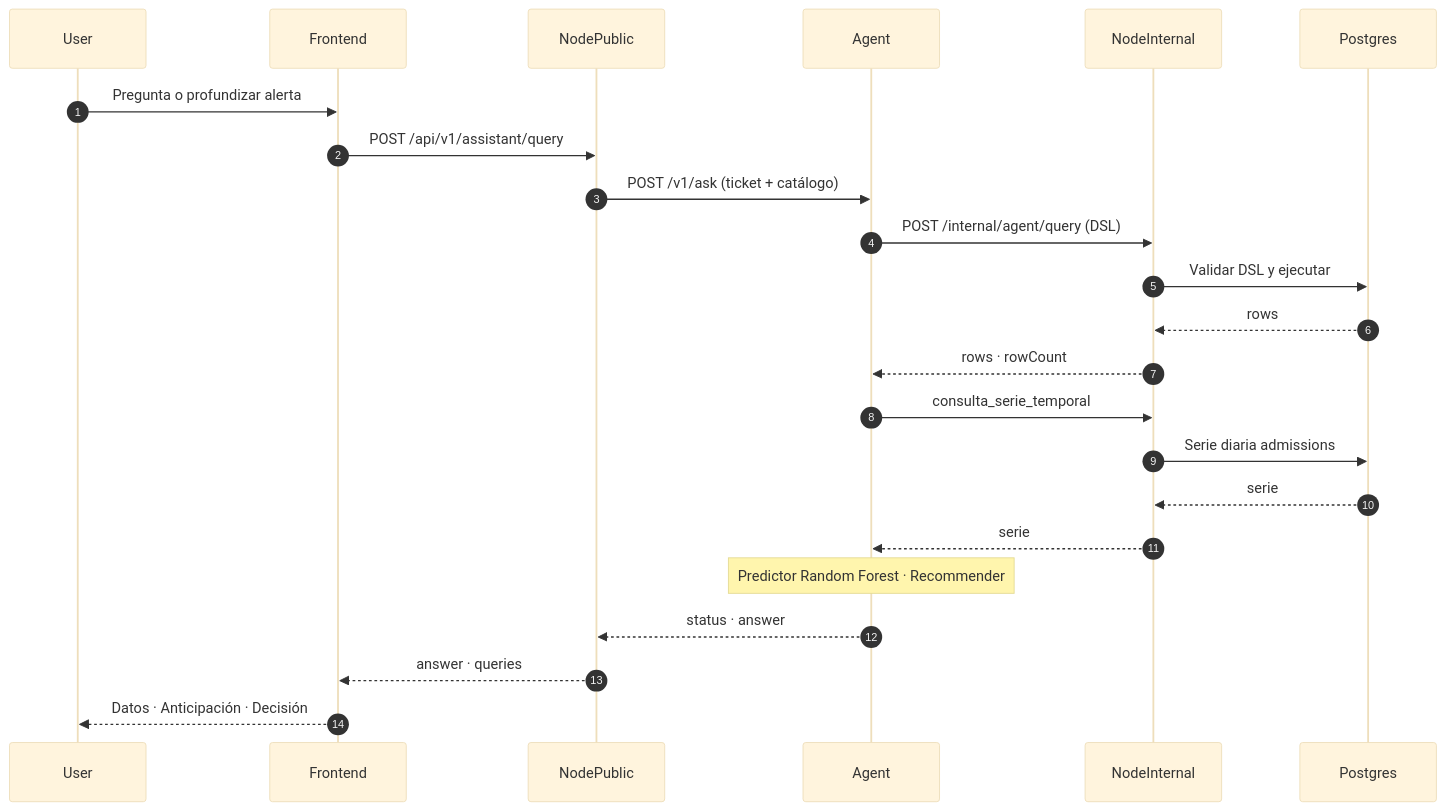
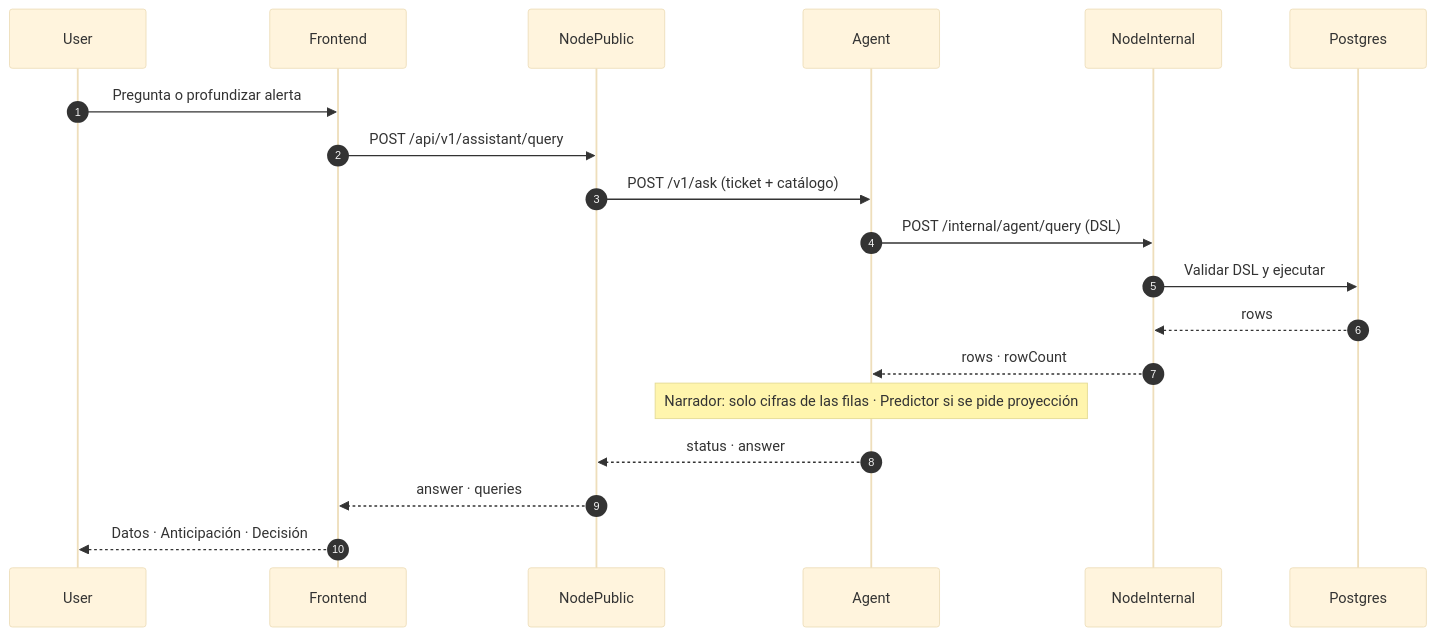
Before and after one commit to jainerchocue/Susana-AI: the second of 3 diagrams in agent/DIAGRAMA_FLUJO.md, drawn with Mermaid (base theme). The commit also changed other lines of this file and 72 other files, not shown here.

````diff
--- a/agent/DIAGRAMA_FLUJO.md
+++ b/agent/DIAGRAMA_FLUJO.md
@@ -43,26 +43,22 @@
 ```mermaid
 sequenceDiagram
     autonumber
     participant User
     participant Frontend
     participant NodePublic
     participant Agent
     participant NodeInternal
     participant Postgres
 
     User->>Frontend: Pregunta o profundizar alerta
     Frontend->>NodePublic: POST /api/v1/assistant/query
     NodePublic->>Agent: POST /v1/ask (ticket + catálogo)
     Agent->>NodeInternal: POST /internal/agent/query (DSL)
     NodeInternal->>Postgres: Validar DSL y ejecutar
     Postgres-->>NodeInternal: rows
     NodeInternal-->>Agent: rows · rowCount
-    Agent->>NodeInternal: consulta_serie_temporal
-    NodeInternal->>Postgres: Serie diaria admissions
-    Postgres-->>NodeInternal: serie
-    NodeInternal-->>Agent: serie
-    Note over Agent: Predictor Random Forest · Recommender
+    Note over Agent: Narrador: solo cifras de las filas · Predictor si se pide proyección
     Agent-->>NodePublic: status · answer
     NodePublic-->>Frontend: answer · queries
     Frontend-->>User: Datos · Anticipación · Decisión
 ```
````
